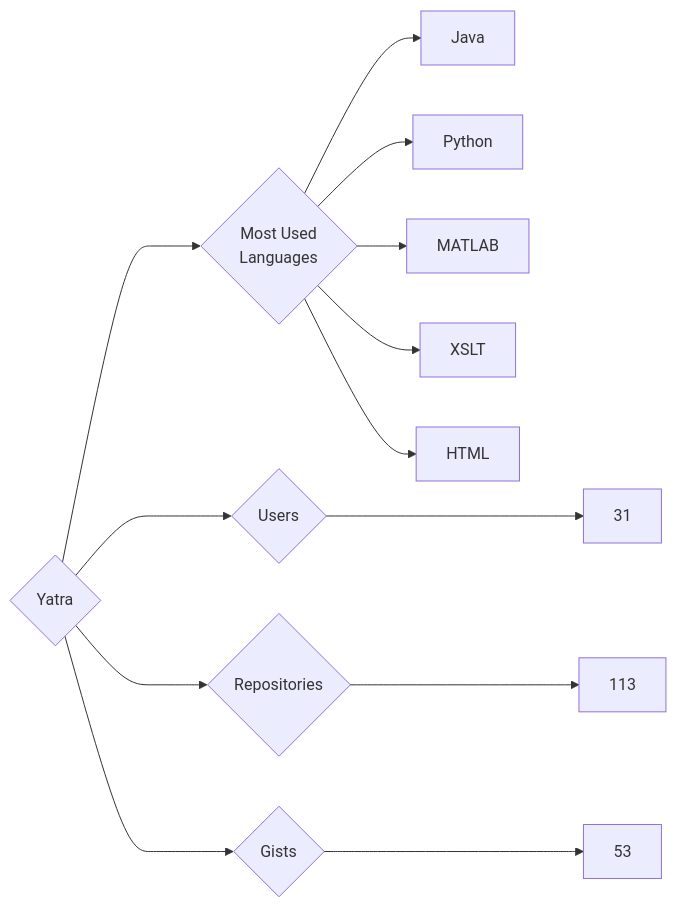
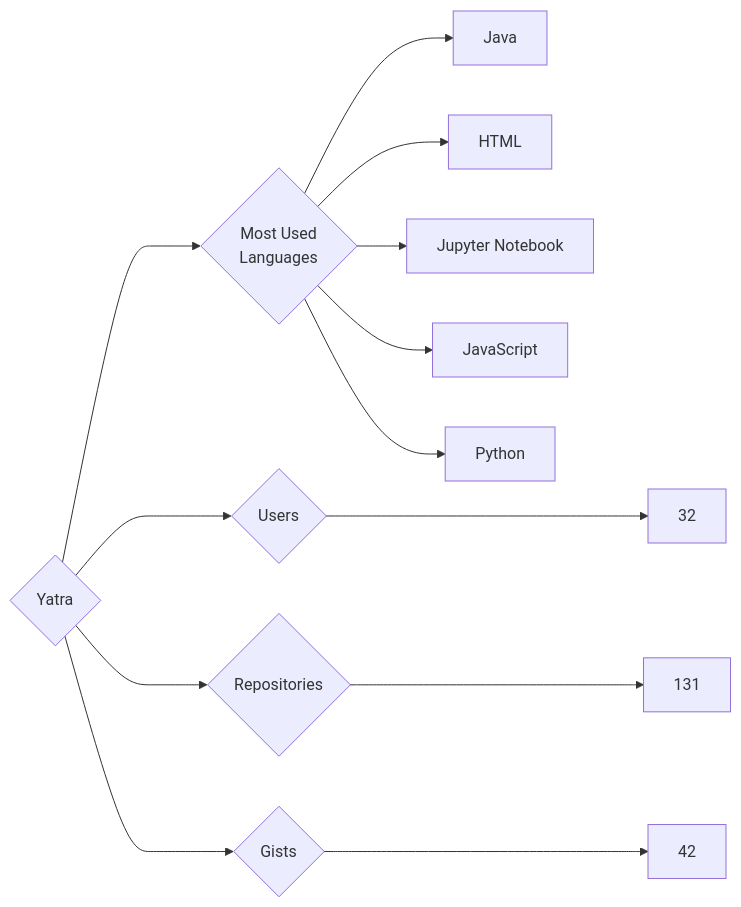
One commit to trickest/insiders changed the diagram in targets/Yatra/README.md. Above: the diagram before and after it, drawn with Mermaid. The commit also changed 948 other files, not shown here.

````diff
--- a/targets/Yatra/README.md
+++ b/targets/Yatra/README.md
@@ -3,13 +3,13 @@
 ```mermaid
 graph LR
 COMPANY_NAME{Yatra}
-COMPANY_NAME ---> U{Users} ---> UN[31]
-COMPANY_NAME ---> R{Repositories} ---> RN[113]
-COMPANY_NAME ---> G{Gists} ---> GN[53]
+COMPANY_NAME ---> U{Users} ---> UN[32]
+COMPANY_NAME ---> R{Repositories} ---> RN[131]
+COMPANY_NAME ---> G{Gists} ---> GN[42]
 COMPANY_NAME ---> ML{Most Used<br>Languages}
 ML --> Java[Java]
+ML --> HTML[HTML]
+ML --> Jupyter_Notebook[Jupyter Notebook]
+ML --> JavaScript[JavaScript]
 ML --> Python[Python]
-ML --> MATLAB[MATLAB]
-ML --> XSLT[XSLT]
-ML --> HTML[HTML]
 ```
````
